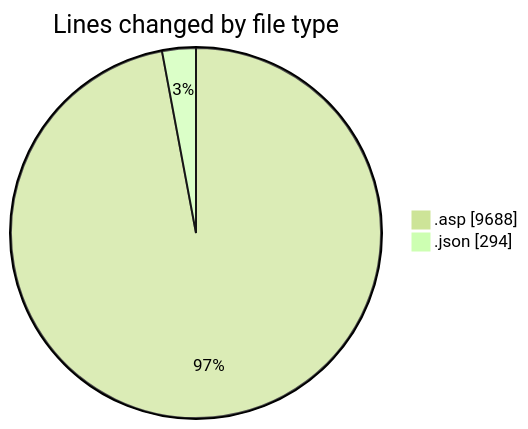
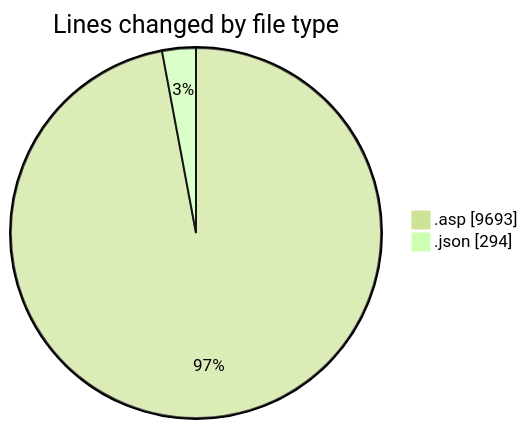
The first of 2 diagrams in 2025-10-27/usr_aleoudev_fr__workspace_/README.md (julien-gomy/code-tracking), drawn with Mermaid (forest theme) before and after one commit. The commit also changed other lines of this file and 1 other file, not shown here.

````diff
--- a/2025-10-27/usr_aleoudev_fr__workspace_/README.md
+++ b/2025-10-27/usr_aleoudev_fr__workspace_/README.md
@@ -28,6 +28,6 @@
 ```mermaid
 pie showData
 title Lines changed by file type
-".asp" : 9688
+".asp" : 9693
 ".json" : 294
 ```
````
